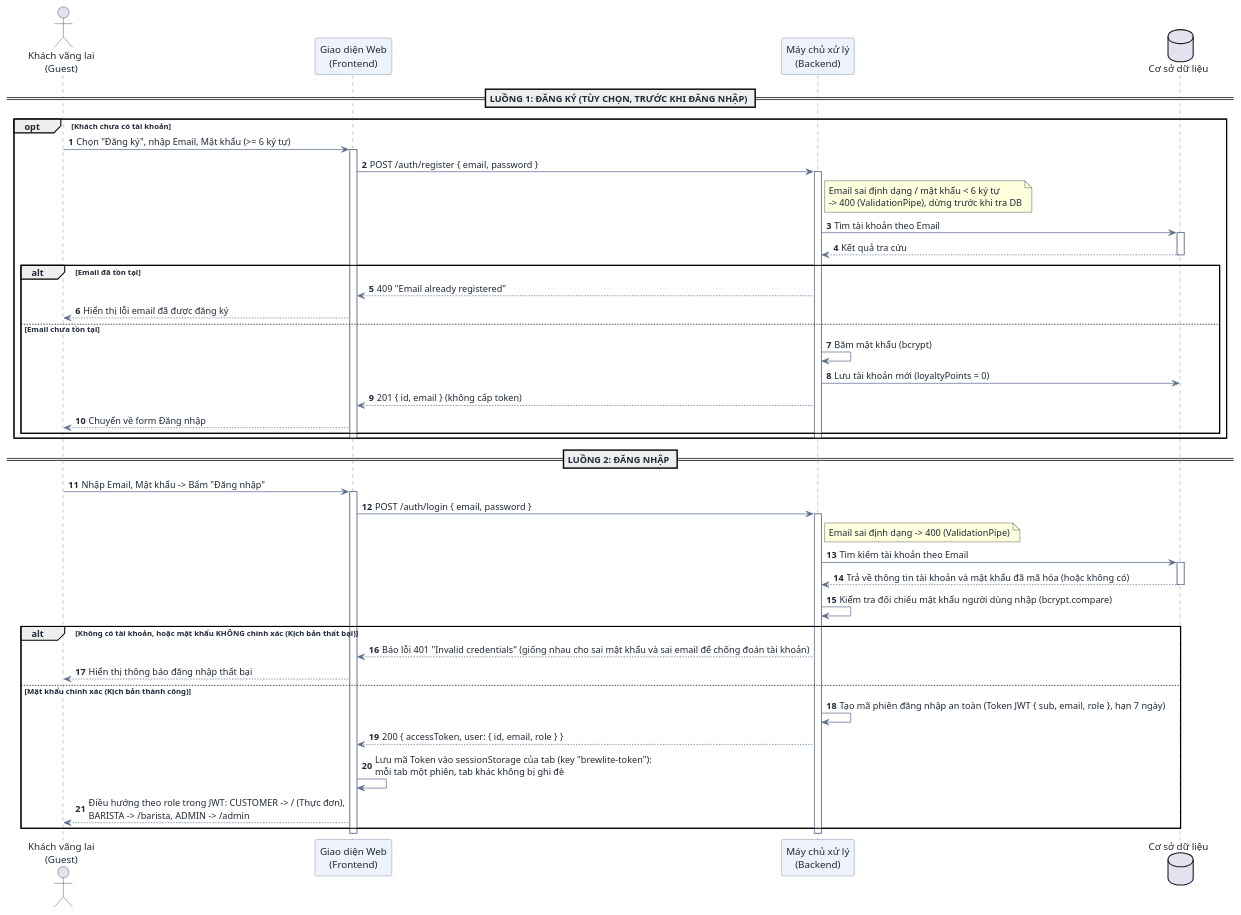
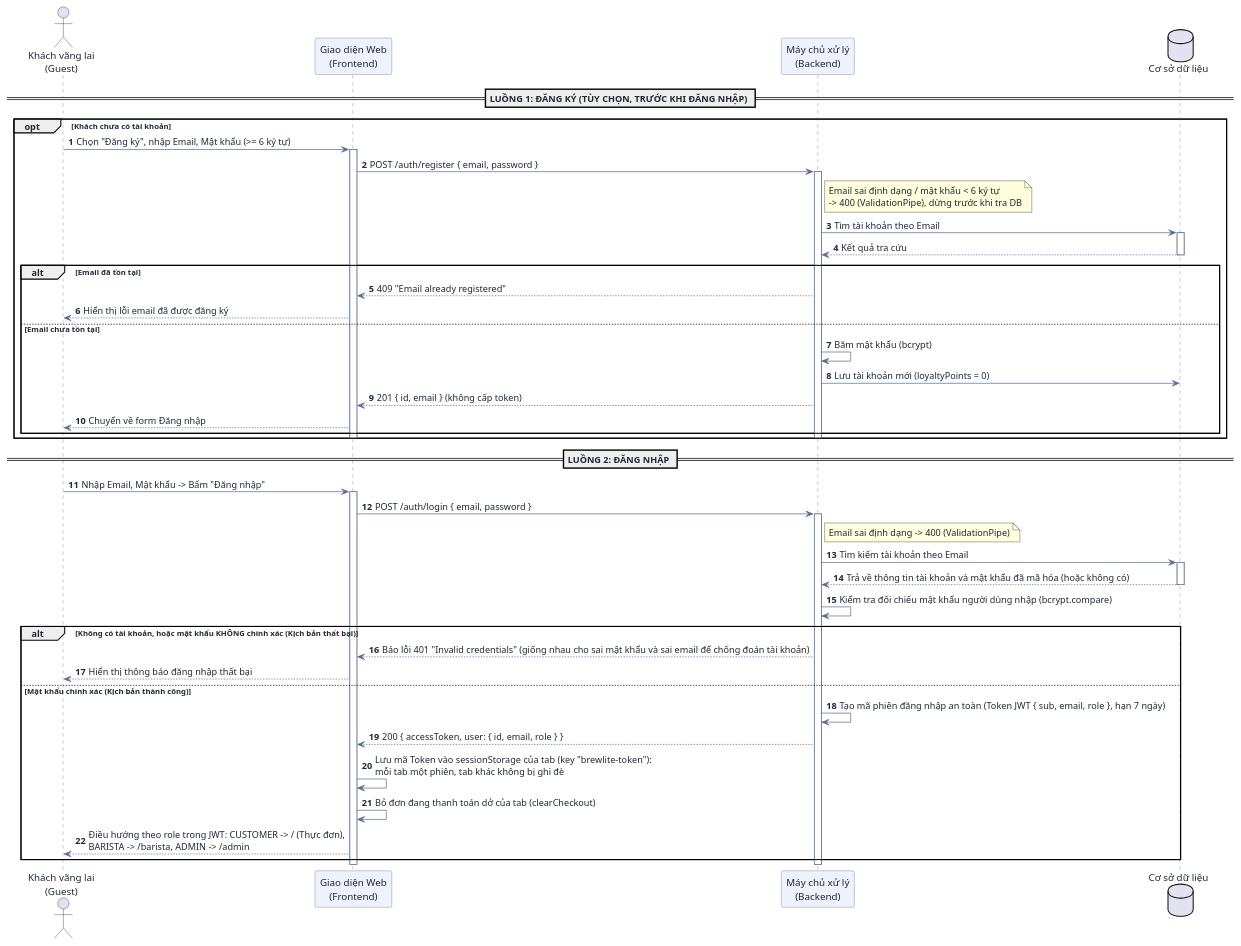
The third of 9 diagrams in docs/user-sequence-specifications.md (DuVinhLoi/BrewLite), drawn with PlantUML before and after one commit. The commit also changed other lines of this file and 9 other files, not shown here.

````diff
--- a/docs/user-sequence-specifications.md
+++ b/docs/user-sequence-specifications.md
@@ -225,65 +225,66 @@
 ```plantuml
 @startuml
 skinparam DefaultFontColor #1f2937
 skinparam ArrowColor #5b6b8c
 skinparam SequenceParticipantBackgroundColor #eef2fb
 skinparam SequenceParticipantBorderColor #5b6b8c
 skinparam SequenceLifeLineBorderColor #5b6b8c
 
 autonumber
 actor "Khách vãng lai\n(Guest)" as User
 participant "Giao diện Web\n(Frontend)" as FE
 participant "Máy chủ xử lý\n(Backend)" as BE
 database "Cơ sở dữ liệu" as DB
 
 == LUỒNG 1: ĐĂNG KÝ (TÙY CHỌN, TRƯỚC KHI ĐĂNG NHẬP) ==
 opt Khách chưa có tài khoản
     User -> FE : Chọn "Đăng ký", nhập Email, Mật khẩu (>= 6 ký tự)
     activate FE
     FE -> BE : POST /auth/register { email, password }
     activate BE
     note right of BE : Email sai định dạng / mật khẩu < 6 ký tự\n-> 400 (ValidationPipe), dừng trước khi tra DB
     BE -> DB : Tìm tài khoản theo Email
     activate DB
     DB --> BE : Kết quả tra cứu
     deactivate DB
     alt Email đã tồn tại
         BE --> FE : 409 "Email already registered"
         FE --> User : Hiển thị lỗi email đã được đăng ký
     else Email chưa tồn tại
         BE -> BE : Băm mật khẩu (bcrypt)
         BE -> DB : Lưu tài khoản mới (loyaltyPoints = 0)
         BE --> FE : 201 { id, email } (không cấp token)
         FE --> User : Chuyển về form Đăng nhập
     end
     deactivate BE
     deactivate FE
 end
 
 == LUỒNG 2: ĐĂNG NHẬP ==
 User -> FE : Nhập Email, Mật khẩu -> Bấm "Đăng nhập"
 activate FE
 FE -> BE : POST /auth/login { email, password }
 activate BE
 note right of BE : Email sai định dạng -> 400 (ValidationPipe)
 
 BE -> DB : Tìm kiếm tài khoản theo Email
 activate DB
 DB --> BE : Trả về thông tin tài khoản và mật khẩu đã mã hóa (hoặc không có)
 deactivate DB
 
 BE -> BE : Kiểm tra đối chiếu mật khẩu người dùng nhập (bcrypt.compare)
 
 alt Không có tài khoản, hoặc mật khẩu KHÔNG chính xác (Kịch bản thất bại)
     BE --> FE : Báo lỗi 401 "Invalid credentials" (giống nhau cho sai mật khẩu và sai email để chống đoán tài khoản)
     FE --> User : Hiển thị thông báo đăng nhập thất bại
 else Mật khẩu chính xác (Kịch bản thành công)
     BE -> BE : Tạo mã phiên đăng nhập an toàn (Token JWT { sub, email, role }, hạn 7 ngày)
     BE --> FE : 200 { accessToken, user: { id, email, role } }
     FE -> FE : Lưu mã Token vào sessionStorage của tab (key "brewlite-token"):\nmỗi tab một phiên, tab khác không bị ghi đè
+    FE -> FE : Bỏ đơn đang thanh toán dở của tab (clearCheckout)
     FE --> User : Điều hướng theo role trong JWT: CUSTOMER -> / (Thực đơn),\nBARISTA -> /barista, ADMIN -> /admin
 end
 deactivate BE
 deactivate FE
 @enduml
 ```
````
